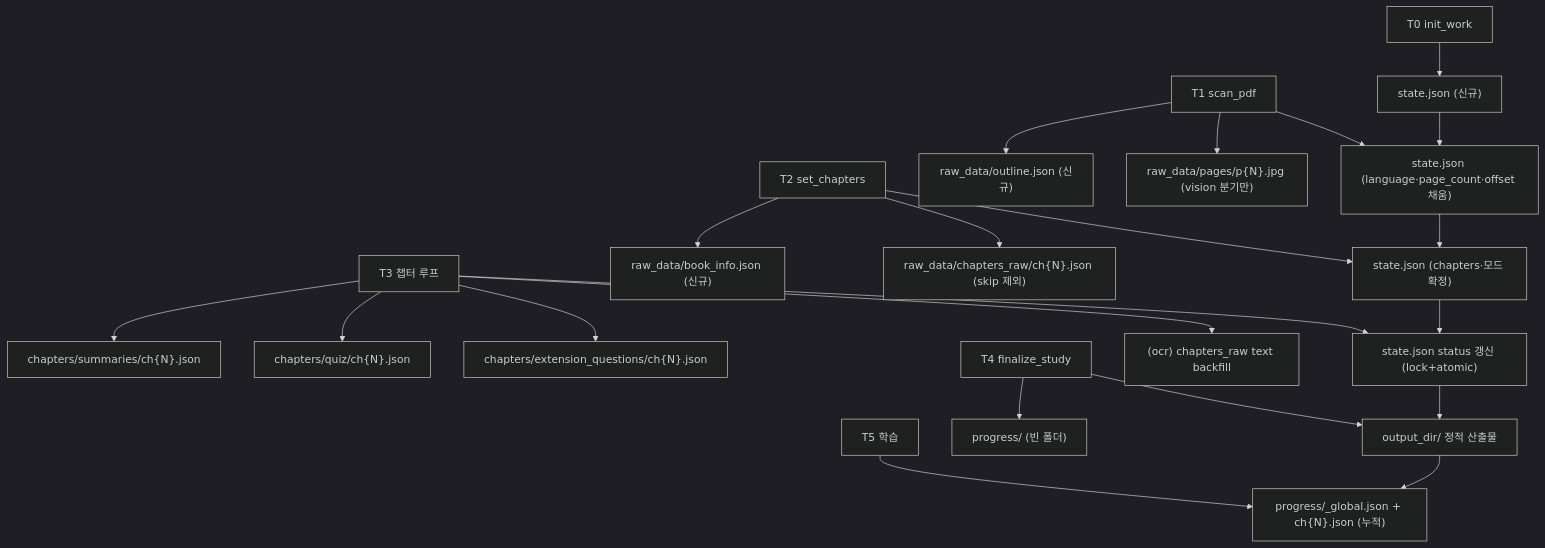
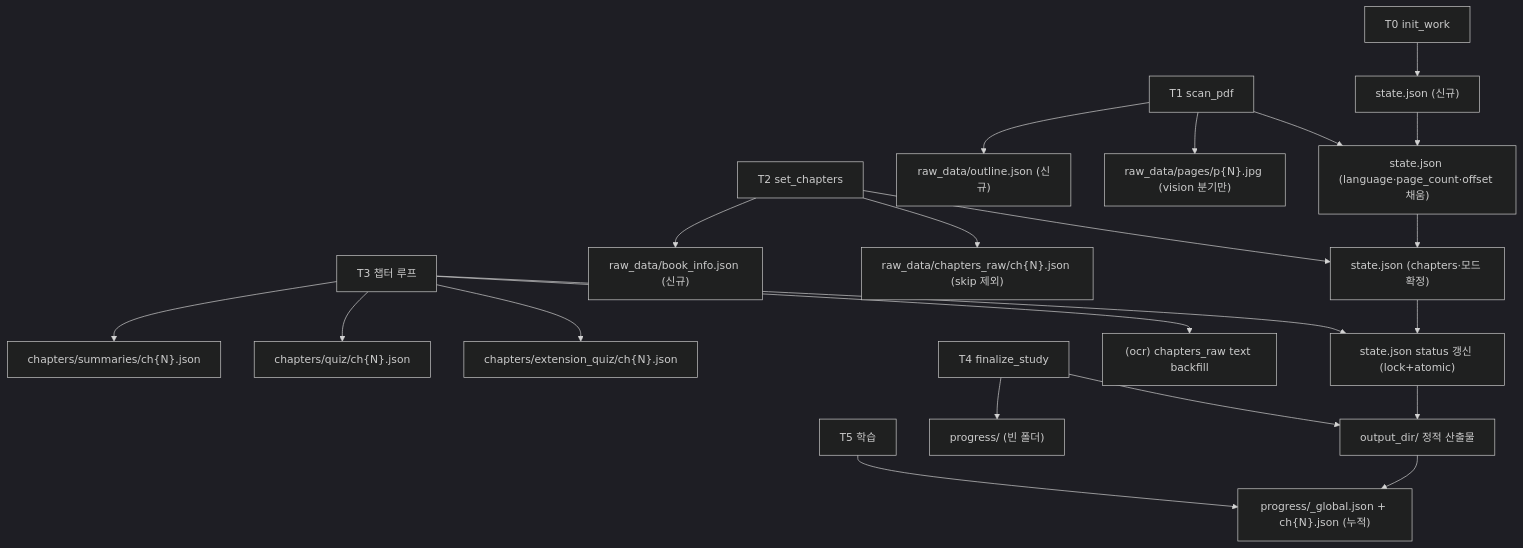
Before and after one commit to lsh2613/pdf-study: the sixth of 6 diagrams in docs/flow.md, drawn with Mermaid (dark theme). The commit also changed other lines of this file and 12 other files, not shown here.

First line of the commit message:
feat(server): 챕터 저장 필수값 검증 + in_progress 마킹 + extension_quiz 리네임

````diff
--- a/docs/flow.md
+++ b/docs/flow.md
@@ -516,20 +528,20 @@
 ```mermaid
 flowchart TD
     T0["T0 init_work"] --> T0a["state.json (신규)"]
     T1["T1 scan_pdf"] --> T1a["state.json (language·page_count·offset 채움)"]
     T1 --> T1b["raw_data/outline.json (신규)"]
     T1 --> T1c["raw_data/pages/p{N}.jpg (vision 분기만)"]
     T2["T2 set_chapters"] --> T2a["state.json (chapters·모드 확정)"]
     T2 --> T2b["raw_data/book_info.json (신규)"]
     T2 --> T2c["raw_data/chapters_raw/ch{N}.json (skip 제외)"]
     T3["T3 챕터 루프"] --> T3a["chapters/summaries/ch{N}.json"]
     T3 --> T3b["chapters/quiz/ch{N}.json"]
-    T3 --> T3c["chapters/extension_questions/ch{N}.json"]
+    T3 --> T3c["chapters/extension_quiz/ch{N}.json"]
     T3 --> T3d["state.json status 갱신 (lock+atomic)"]
     T3 --> T3e["(ocr) chapters_raw text backfill"]
     T4["T4 finalize_study"] --> T4a["output_dir/ 정적 산출물"]
     T4 --> T4b["progress/ (빈 폴더)"]
     T5["T5 학습"] --> T5a["progress/_global.json + ch{N}.json (누적)"]
 
     T0a --> T1a --> T2a --> T3d --> T4a --> T5a
 ```
````
